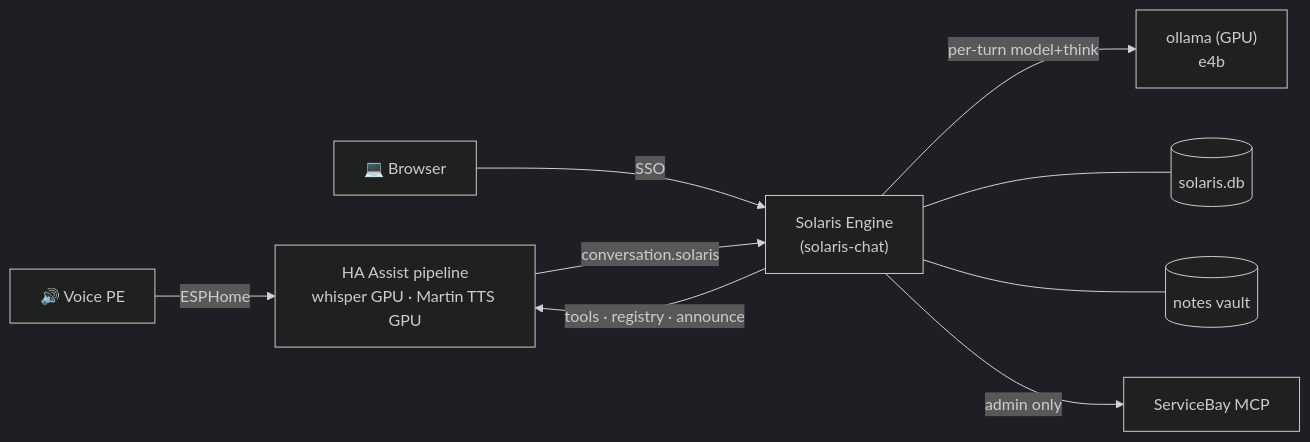
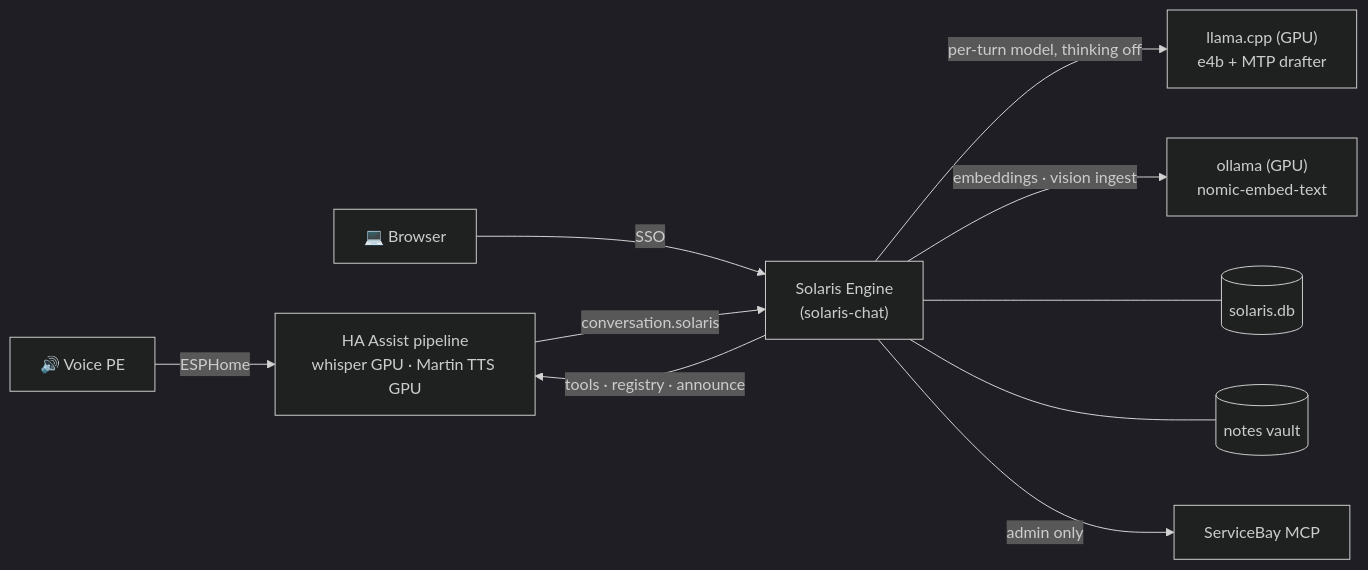
Before and after one commit to mdopp/oscar: the diagram in README.md, drawn with Mermaid (dark theme). The commit also changed other lines of this file and 14 other files, not shown here.

First line of the commit message:
feat(template): serve the household model from llama.cpp with the MTP drafter

````diff
--- a/README.md
+++ b/README.md
@@ -10,11 +10,12 @@
 ```mermaid
 flowchart LR
     PE["🔊 Voice PE"] -- ESPHome --> HA["HA Assist pipeline<br/>whisper GPU · Martin TTS GPU"]
     Browser["💻 Browser"] -- SSO --> Chat
     HA -- "conversation.solaris" --> Chat["Solaris Engine<br/>(solaris-chat)"]
-    Chat -- "per-turn model+think" --> Ollama["ollama (GPU)<br/>e4b"]
+    Chat -- "per-turn model, thinking off" --> Llama["llama.cpp (GPU)<br/>e4b + MTP drafter"]
+    Chat -- "embeddings · vision ingest" --> Ollama["ollama (GPU)<br/>nomic-embed-text"]
     Chat -- "tools · registry · announce" --> HA
     Chat --- DB[("solaris.db")]
     Chat --- Notes[("notes vault")]
     Chat -- "admin only" --> SB["ServiceBay MCP"]
 ```
````
